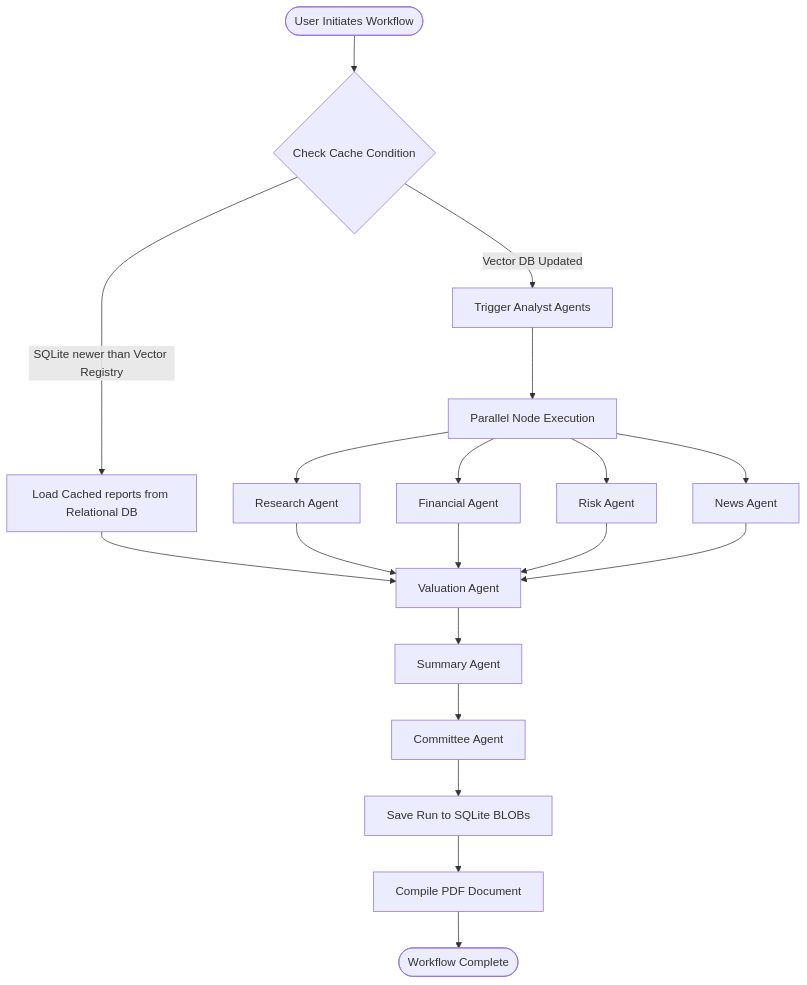
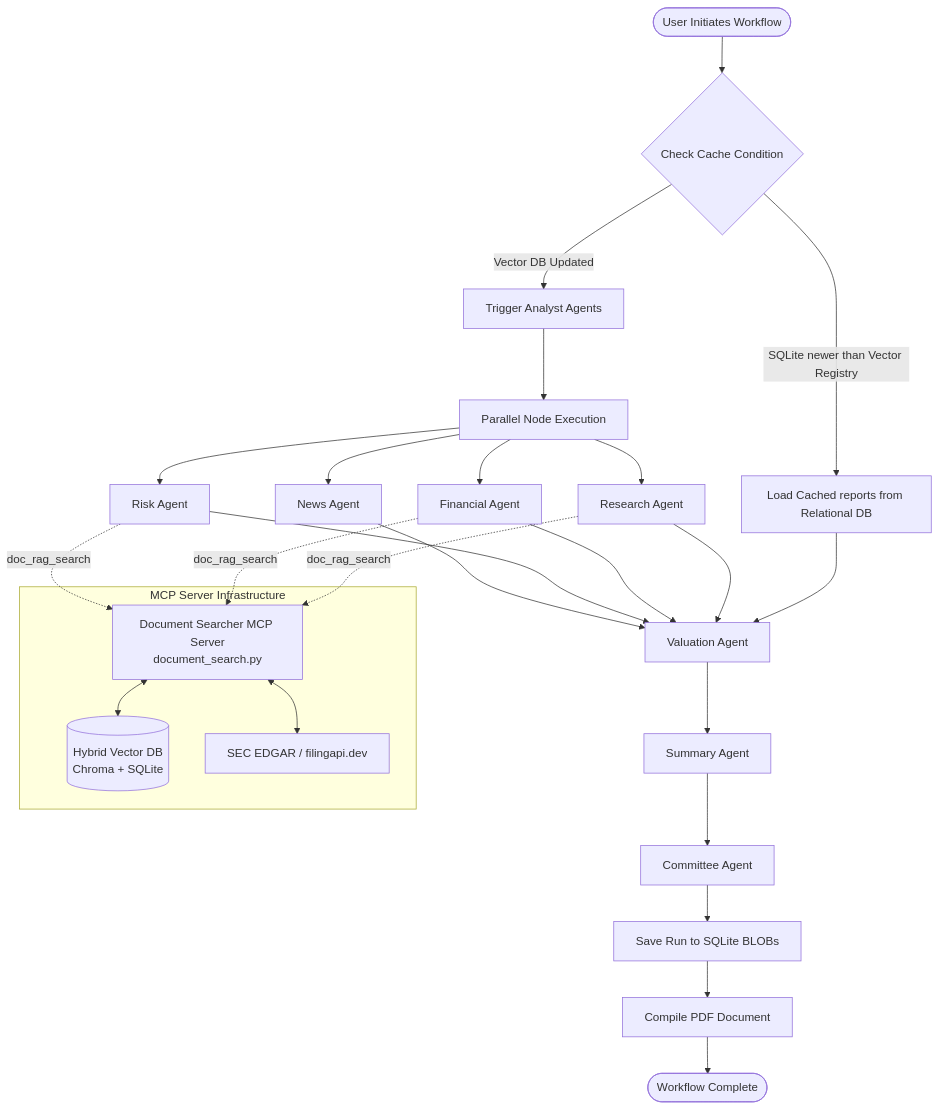
Before and after one commit to skawakamNY/stock-analysis-app: the first of 4 diagrams in README.md, drawn with Mermaid. The commit also changed other lines of this file and 22 other files, not shown here.

Commit message:
Convert corporate document search component (tool) to MCP service

````diff
--- a/README.md
+++ b/README.md
@@ -39,25 +39,37 @@
 ```mermaid
 graph TD
     Start([User Initiates Workflow]) --> CheckCache{Check Cache Condition}
     CheckCache -- SQLite newer than Vector Registry --> LoadSQLite[Load Cached reports from Relational DB]
     CheckCache -- Vector DB Updated --> TriggerAgents[Trigger Analyst Agents]
     
     LoadSQLite --> ValuationNode
 
     TriggerAgents --> ParallelBranch[Parallel Node Execution]
     ParallelBranch --> ResearchAgent[Research Agent]
     ParallelBranch --> FinancialAgent[Financial Agent]
     ParallelBranch --> RiskAgent[Risk Agent]
     ParallelBranch --> NewsAgent[News Agent]
+
+    subgraph MCP Server Infrastructure
+        MCPServer[Document Searcher MCP Server<br>document_search.py]
+        VectorDB[(Hybrid Vector DB<br>Chroma + SQLite)]
+        SECApi[SEC EDGAR / filingapi.dev]
+    end
+
+    ResearchAgent -.->|doc_rag_search| MCPServer
+    FinancialAgent -.->|doc_rag_search| MCPServer
+    RiskAgent -.->|doc_rag_search| MCPServer
+    MCPServer <--> VectorDB
+    MCPServer <--> SECApi
     
     ResearchAgent --> ValuationNode[Valuation Agent]
     FinancialAgent --> ValuationNode
     RiskAgent --> ValuationNode
     NewsAgent --> ValuationNode
     
     ValuationNode --> SummaryNode[Summary Agent]
     SummaryNode --> CommitteeNode[Committee Agent]
     CommitteeNode --> DBHook[Save Run to SQLite BLOBs]
     DBHook --> PDFHook[Compile PDF Document]
     PDFHook --> End([Workflow Complete])
 ```
````
